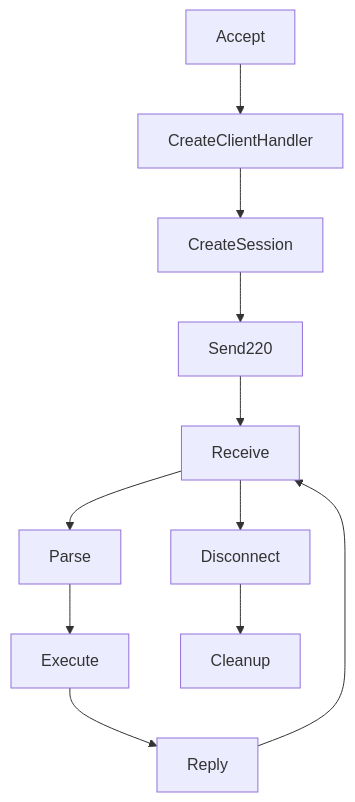
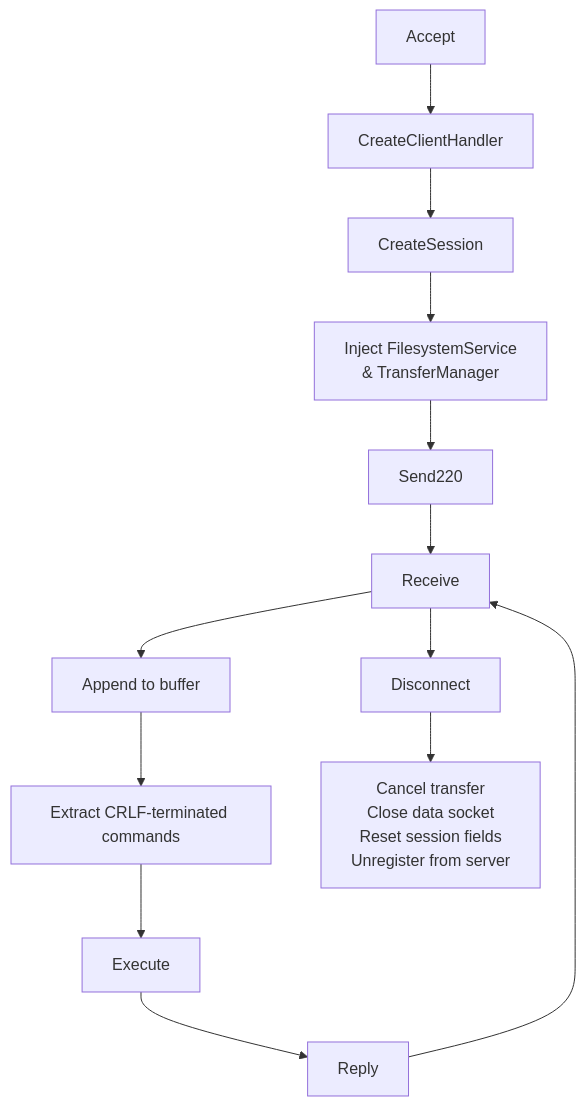
Before and after one commit to DrakyNeUwU/Hybrid-FTP-Socket: the third of 6 diagrams in docs/report_role_a_week2.md, drawn with Mermaid. The commit also changed other lines of this file and 6 other files, not shown here.

Commit message:
[role-a] refactor command handler, TCP framing, auth reset, and audit fixes

````diff
--- a/docs/report_role_a_week2.md
+++ b/docs/report_role_a_week2.md
@@ -239,47 +225,27 @@
 ```mermaid
 flowchart TD
 
-Accept
+Accept --> CreateClientHandler
 
--->
+CreateClientHandler --> CreateSession
 
-CreateClientHandler
+CreateSession --> InjectFS["Inject FilesystemService\n& TransferManager"]
 
--->
+InjectFS --> Send220
 
-CreateSession
+Send220 --> Receive
 
--->
+Receive --> Buffer["Append to buffer"]
 
-Send220
+Buffer --> ParseCommands["Extract CRLF-terminated commands"]
 
--->
+ParseCommands --> Execute
 
-Receive
+Execute --> Reply
 
--->
+Reply --> Receive
 
-Parse
+Receive --> Disconnect
 
--->
-
-Execute
-
--->
-
-Reply
-
--->
-
-Receive
-
-Receive
-
--->
-
-Disconnect
-
--->
-
-Cleanup
+Disconnect --> Cleanup["Cancel transfer\nClose data socket\nReset session fields\nUnregister from server"]
 ```
````
